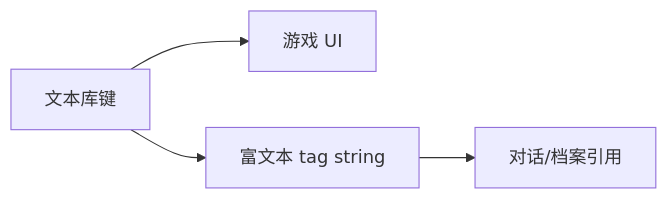
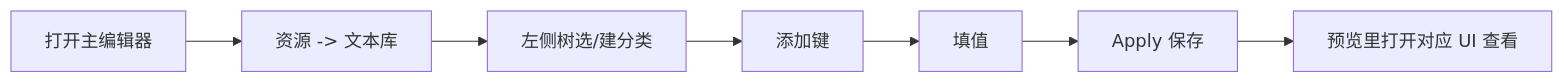
Before and after one commit to wubugui/GDoc: the diagram in docs/editors/panels/strings.md, drawn with Mermaid. The commit also changed other lines of this file and 112 other files, not shown here.

````diff
--- a/docs/editors/panels/strings.md
+++ b/docs/editors/panels/strings.md
@@ -38,6 +29,9 @@
 ```mermaid
 flowchart LR
-  STR[文本库键] --> UI[游戏 UI]
-  STR --> RT[富文本 tag string]
-  RT --> D[对话/档案引用]
+  A[打开主编辑器] --> B[资源 -> 文本库]
+  B --> C[左侧树选/建分类]
+  C --> D[添加键]
+  D --> E[填值]
+  E --> F[Apply 保存]
+  F --> G[预览里打开对应 UI 查看]
 ```
````
